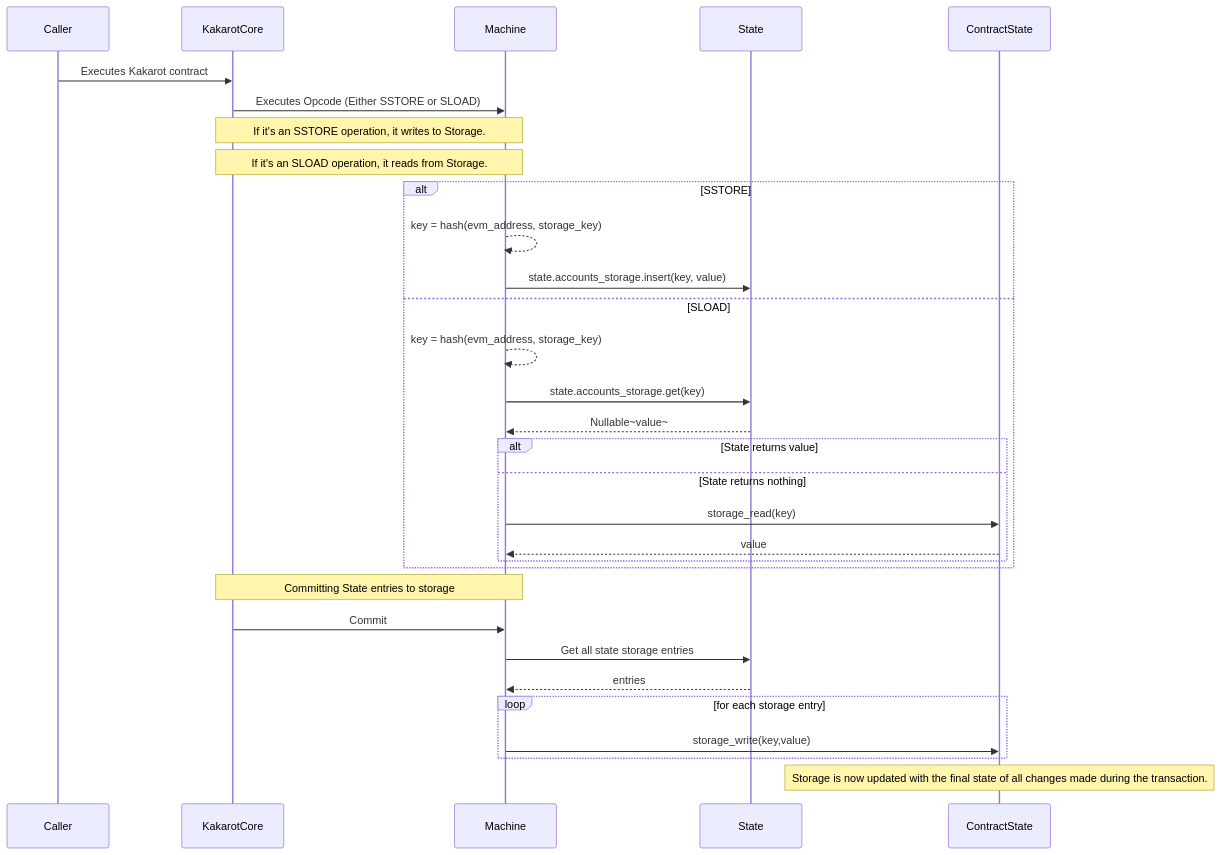
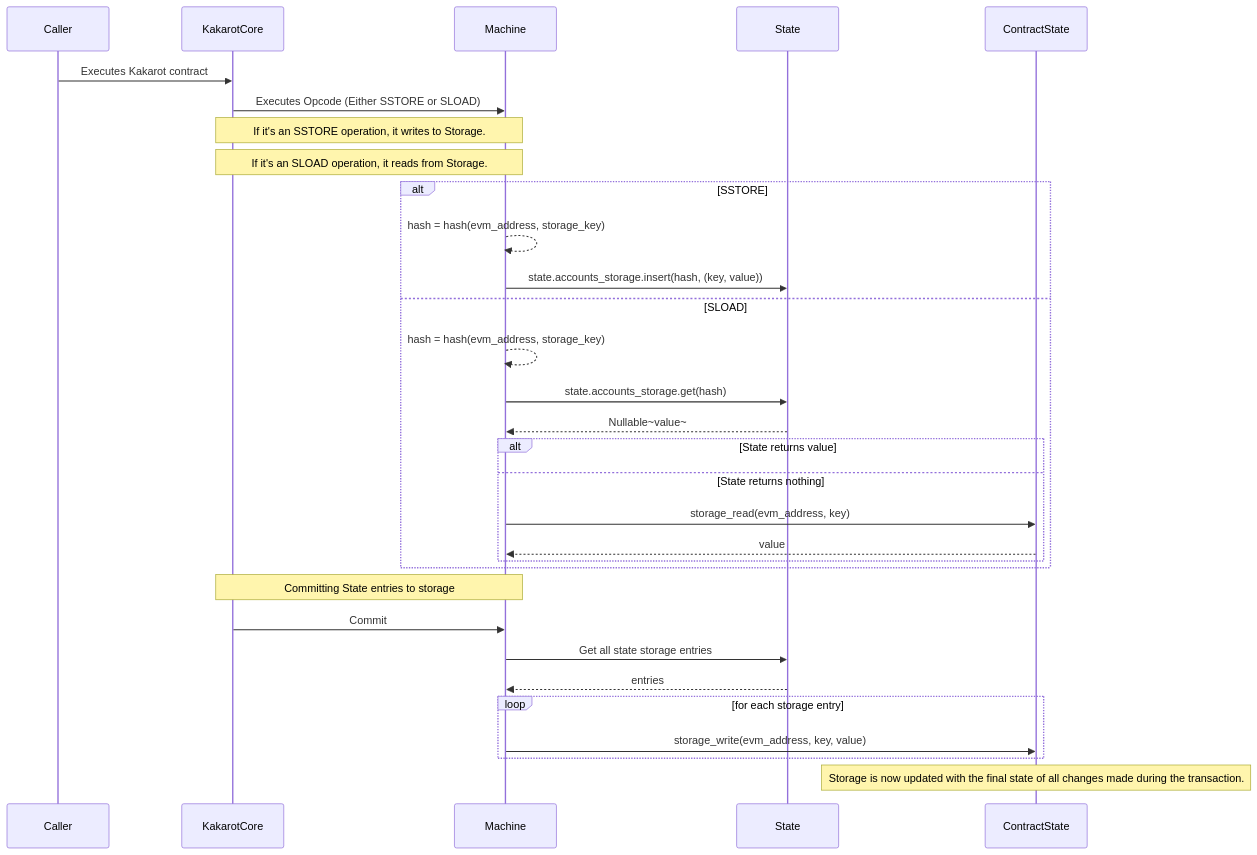
The second of 2 diagrams in docs/general/contract_storage.md (kkrt-labs/kakarot-ssj), drawn with Mermaid before and after one commit. The commit also changed other lines of this file and 5 other files, not shown here.

````diff
--- a/docs/general/contract_storage.md
+++ b/docs/general/contract_storage.md
@@ -189,38 +190,38 @@
 ```mermaid
 sequenceDiagram
     participant C as Caller
     participant K as KakarotCore
     participant M as Machine
     participant J as State
     participant S as ContractState
 
     C->>K: Executes Kakarot contract
     K->>M: Executes Opcode (Either SSTORE or SLOAD)
 
     Note over K,M: If it's an SSTORE operation, it writes to Storage.
     Note over K,M: If it's an SLOAD operation, it reads from Storage.
 
     alt SSTORE
-        M-->>M: key = hash(evm_address, storage_key)
-        M->>J: state.accounts_storage.insert(key, value)
+        M-->>M: hash = hash(evm_address, storage_key)
+        M->>J: state.accounts_storage.insert(hash, (key, value))
     else SLOAD
-        M-->>M: key = hash(evm_address, storage_key)
-        M->>J: state.accounts_storage.get(key)
+        M-->>M: hash = hash(evm_address, storage_key)
+        M->>J: state.accounts_storage.get(hash)
         J -->> M: Nullable~value~
         alt State returns value
 
         else State returns nothing
-            M->>S: storage_read(key)
+            M->>S: storage_read(evm_address, key)
             S-->>M: value
         end
     end
     Note over K,M: Committing State entries to storage
     K->>M: Commit
     M->>J: Get all state storage entries
     J -->>M: entries
     loop for each storage entry
-        M->>S: storage_write(key,value)
+        M->>S: storage_write(evm_address, key, value)
     end
 
     Note over S: Storage is now updated with the final state of all changes made during the transaction.
 ```
````
